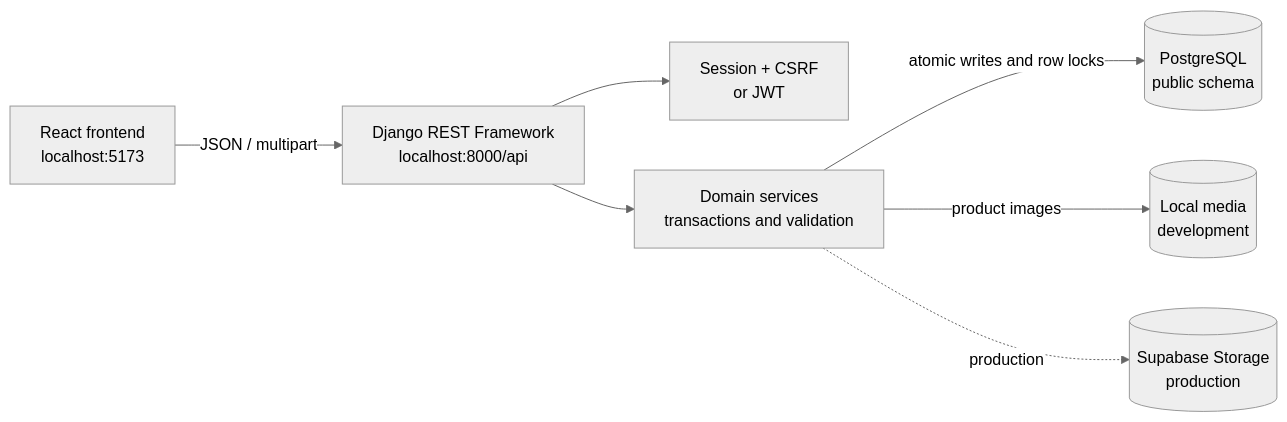
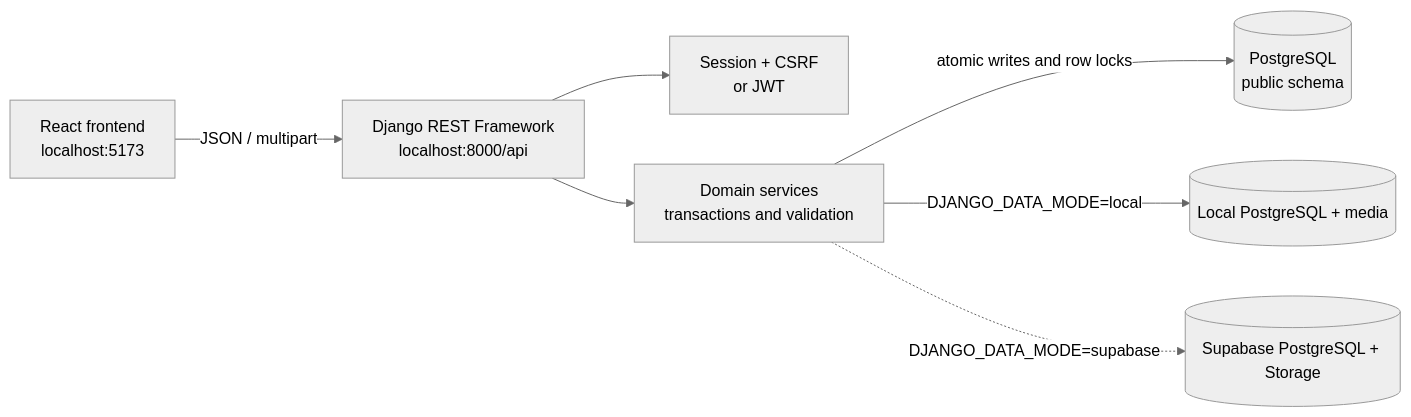
The first of 2 diagrams in README.md (elyzio/dinashop_backend), drawn with Mermaid (neutral theme) before and after one commit. The commit also changed other lines of this file and 56 other files, not shown here.

````diff
--- a/README.md
+++ b/README.md
@@ -12,17 +12,17 @@
 ```mermaid
 flowchart LR
     React[React frontend<br/>localhost:5173]
     API[Django REST Framework<br/>localhost:8000/api]
     Auth[Session + CSRF<br/>or JWT]
     Services[Domain services<br/>transactions and validation]
     DB[(PostgreSQL<br/>public schema)]
-    LocalMedia[(Local media<br/>development)]
-    Supabase[(Supabase Storage<br/>production)]
+    LocalMedia[(Local PostgreSQL + media)]
+    Supabase[(Supabase PostgreSQL + Storage)]
 
     React -->|JSON / multipart| API
     API --> Auth
     API --> Services
     Services -->|atomic writes and row locks| DB
-    Services -->|product images| LocalMedia
-    Services -. production .-> Supabase
+    Services -->|DJANGO_DATA_MODE=local| LocalMedia
+    Services -. DJANGO_DATA_MODE=supabase .-> Supabase
 ```
````
